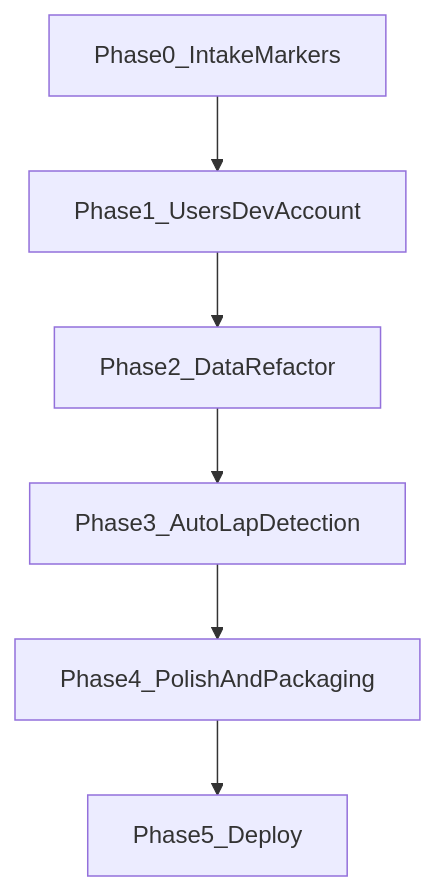
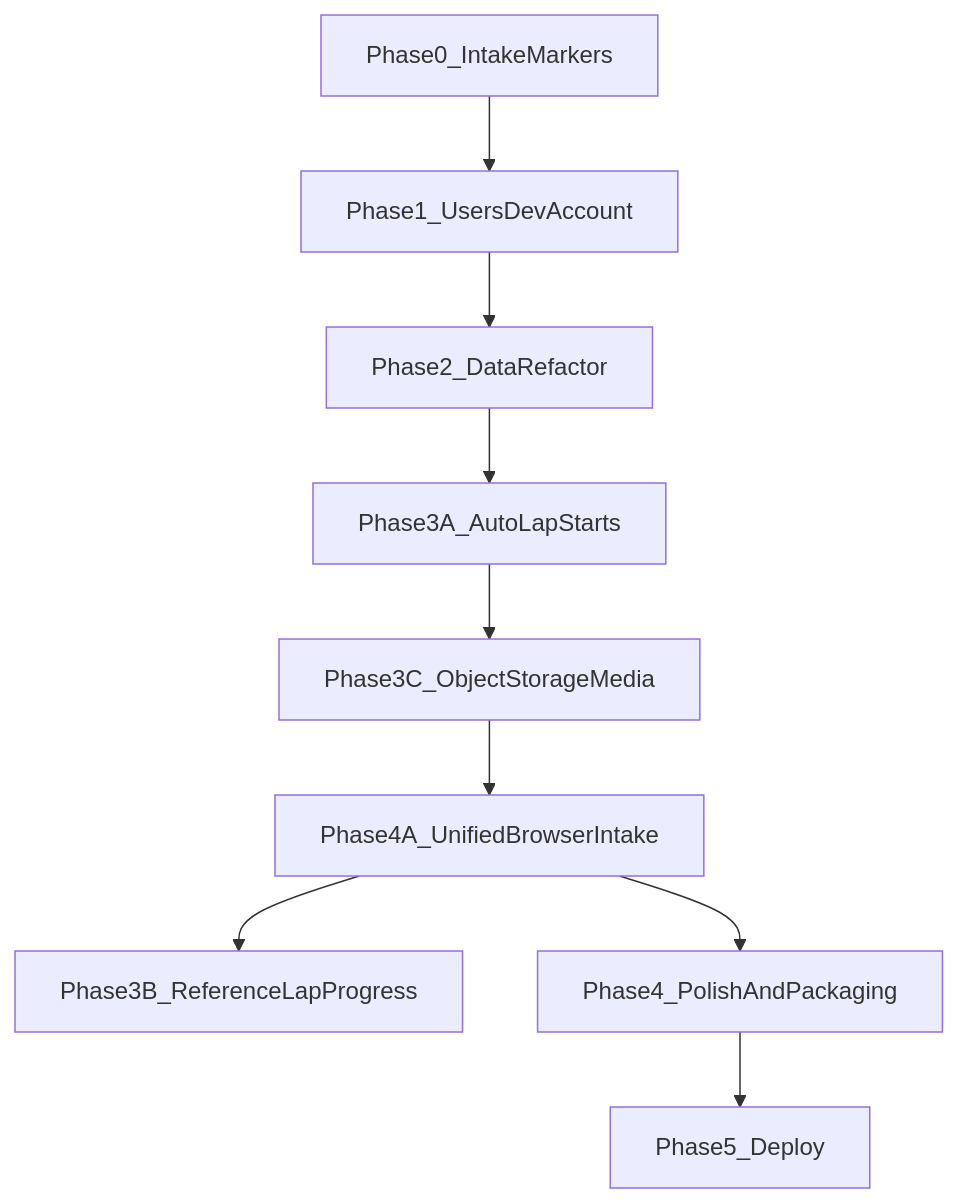
The diagram in docs/ROADMAP.md (n-pawlawski/LapViewer), drawn with Mermaid before and after one commit. The commit also changed other lines of this file and 32 other files, not shown here.

First line of the commit message:
Add unified browser upload with direct server intake.

````diff
--- a/docs/ROADMAP.md
+++ b/docs/ROADMAP.md
@@ -44,15 +45,21 @@
 ```mermaid
 flowchart TD
   P0[Phase0_IntakeMarkers]
   P1[Phase1_UsersDevAccount]
   P2[Phase2_DataRefactor]
-  P3[Phase3_AutoLapDetection]
+  P3A[Phase3A_AutoLapStarts]
+  P3C[Phase3C_ObjectStorageMedia]
+  P4A[Phase4A_UnifiedBrowserIntake]
+  P3B[Phase3B_ReferenceLapProgress]
   P4[Phase4_PolishAndPackaging]
   P5[Phase5_Deploy]
 
   P0 --> P1
   P1 --> P2
-  P2 --> P3
-  P3 --> P4
+  P2 --> P3A
+  P3A --> P3C
+  P3C --> P4A
+  P4A --> P3B
+  P4A --> P4
   P4 --> P5
 ```
````
